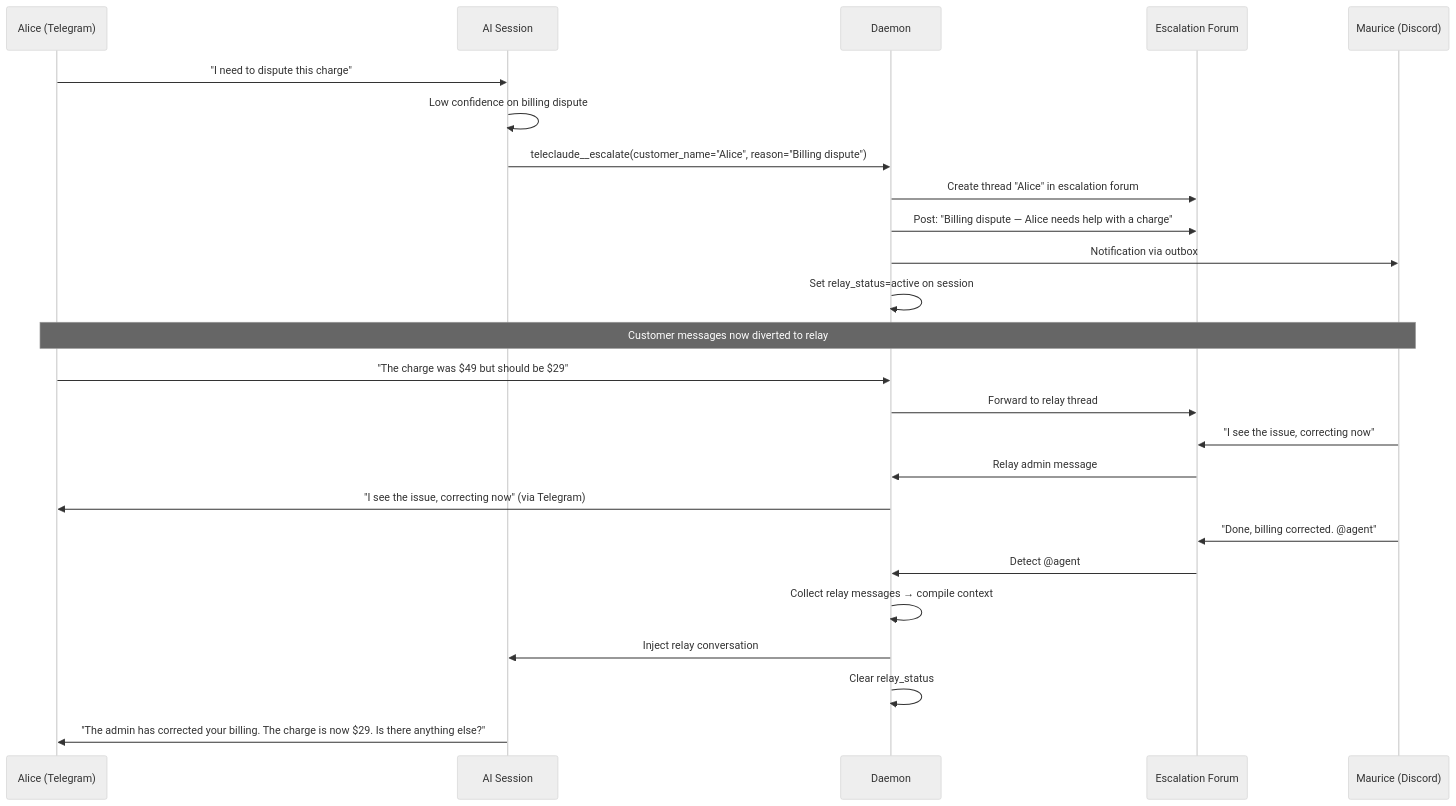
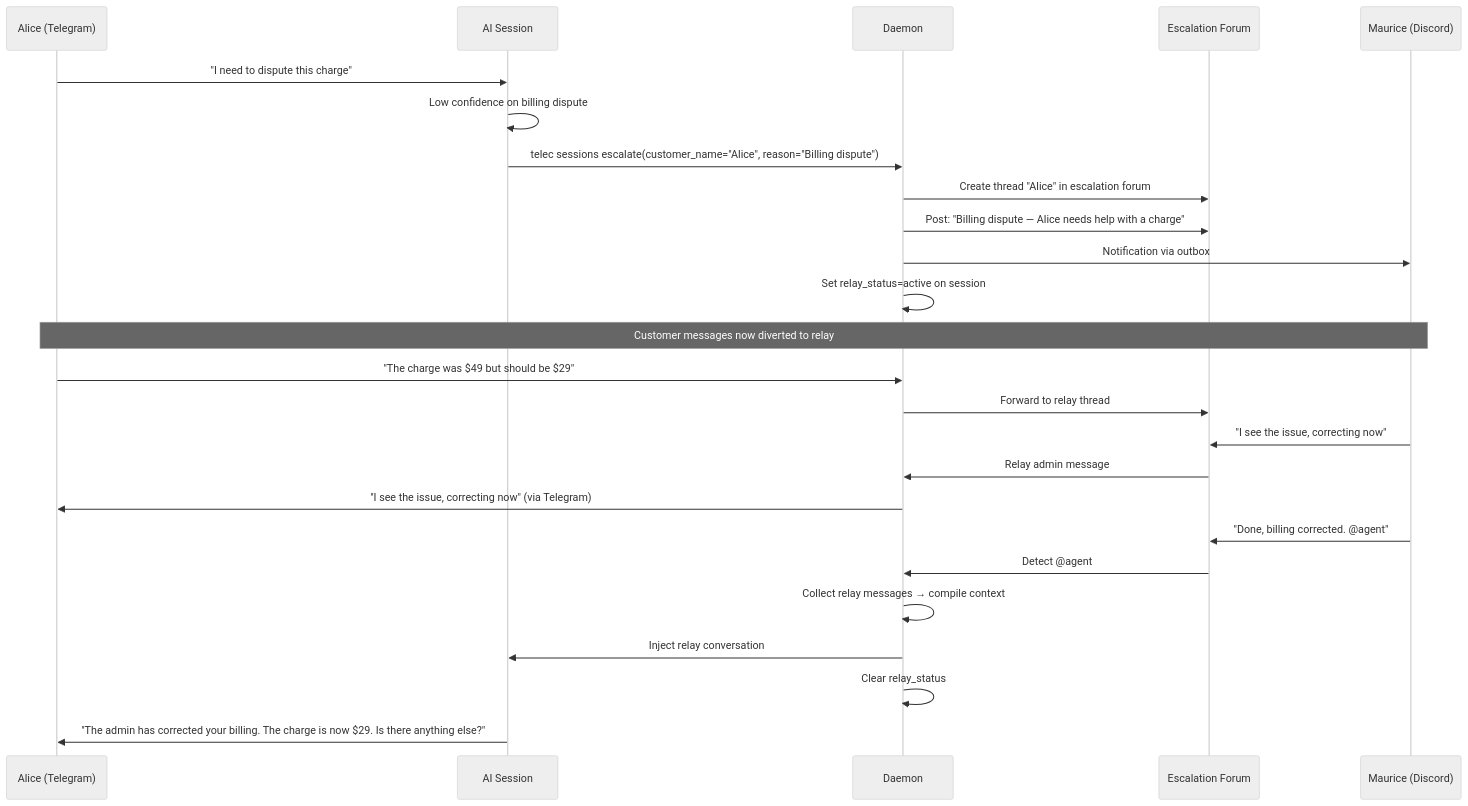
One commit to InstruktAI/TeleClaude changed the ninth of 11 diagrams in docs/project/design/architecture/help-desk-platform.md. Above: the diagram before and after it, drawn with Mermaid (neutral theme). The commit also changed other lines of this file and 149 other files, not shown here.

````diff
--- a/docs/project/design/architecture/help-desk-platform.md
+++ b/docs/project/design/architecture/help-desk-platform.md
@@ -832,31 +832,31 @@
 ```mermaid
 sequenceDiagram
     participant Customer as Alice (Telegram)
     participant AI as AI Session
     participant Daemon
     participant Discord as Escalation Forum
     participant Admin as Maurice (Discord)
 
     Customer->>AI: "I need to dispute this charge"
     AI->>AI: Low confidence on billing dispute
-    AI->>Daemon: teleclaude__escalate(customer_name="Alice", reason="Billing dispute")
+    AI->>Daemon: telec sessions escalate(customer_name="Alice", reason="Billing dispute")
     Daemon->>Discord: Create thread "Alice" in escalation forum
     Daemon->>Discord: Post: "Billing dispute — Alice needs help with a charge"
     Daemon->>Admin: Notification via outbox
     Daemon->>Daemon: Set relay_status=active on session
 
     Note over Customer,Admin: Customer messages now diverted to relay
     Customer->>Daemon: "The charge was $49 but should be $29"
     Daemon->>Discord: Forward to relay thread
     Admin->>Discord: "I see the issue, correcting now"
     Discord->>Daemon: Relay admin message
     Daemon->>Customer: "I see the issue, correcting now" (via Telegram)
 
     Admin->>Discord: "Done, billing corrected. @agent"
     Discord->>Daemon: Detect @agent
     Daemon->>Daemon: Collect relay messages → compile context
     Daemon->>AI: Inject relay conversation
     Daemon->>Daemon: Clear relay_status
 
     AI->>Customer: "The admin has corrected your billing. The charge is now $29. Is there anything else?"
 ```
````
